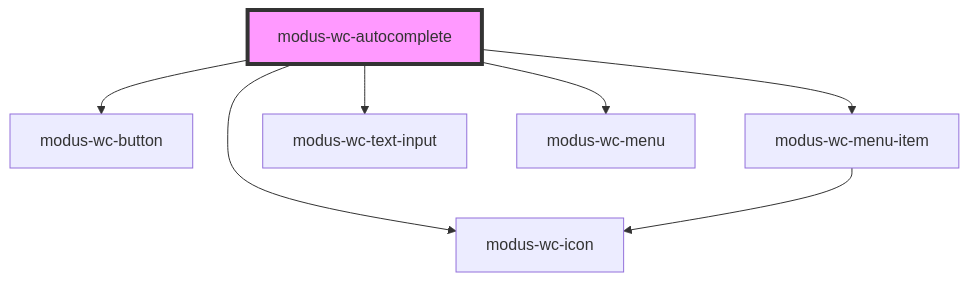
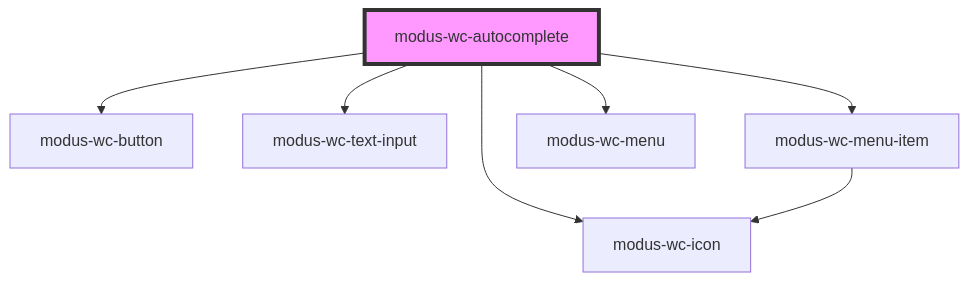
Before and after one commit to trimble-oss/modus-wc-2.0: the diagram in src/components/molecules/modus-wc-autocomplete/readme.md, drawn with Mermaid. The commit also changed other lines of this file and 7 other files, not shown here.

````diff
--- a/src/components/molecules/modus-wc-autocomplete/readme.md
+++ b/src/components/molecules/modus-wc-autocomplete/readme.md
@@ -57,10 +58,10 @@
 ```mermaid
 graph TD;
   modus-wc-autocomplete --> modus-wc-button
   modus-wc-autocomplete --> modus-wc-icon
+  modus-wc-autocomplete --> modus-wc-text-input
   modus-wc-autocomplete --> modus-wc-menu-item
-  modus-wc-autocomplete --> modus-wc-text-input
   modus-wc-autocomplete --> modus-wc-menu
   modus-wc-menu-item --> modus-wc-icon
   style modus-wc-autocomplete fill:#f9f,stroke:#333,stroke-width:4px
 ```
````
